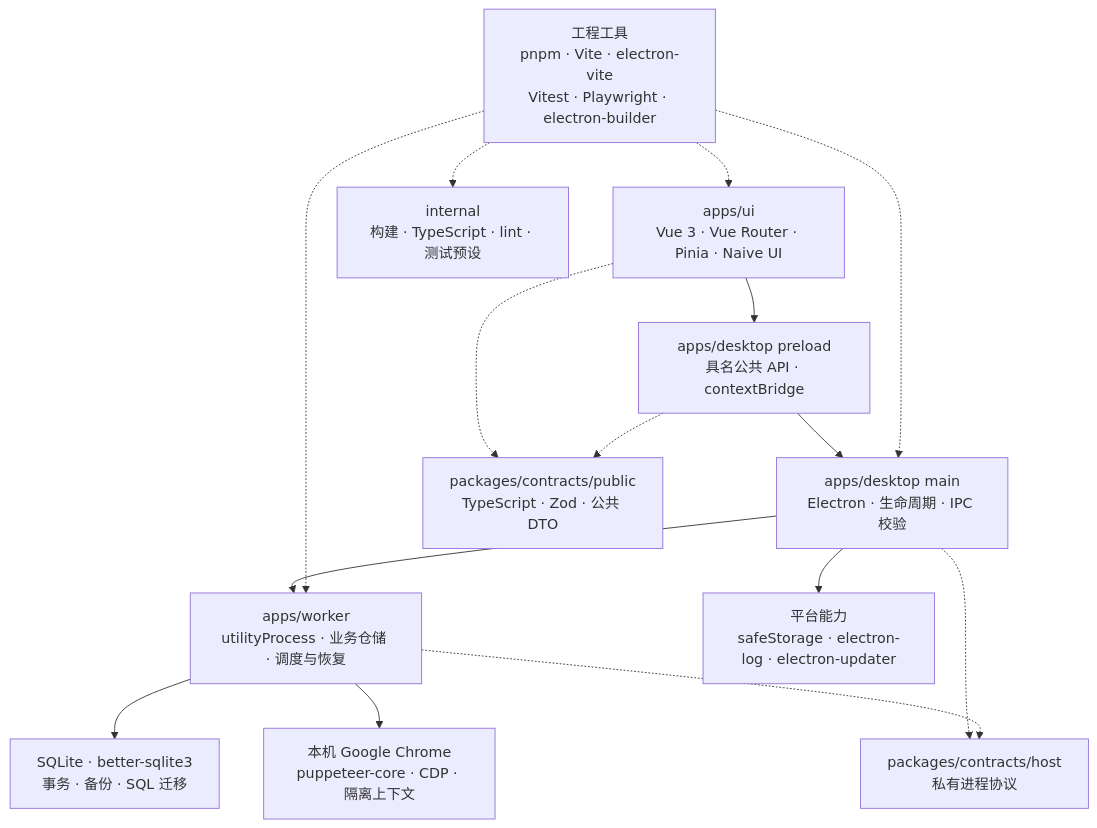
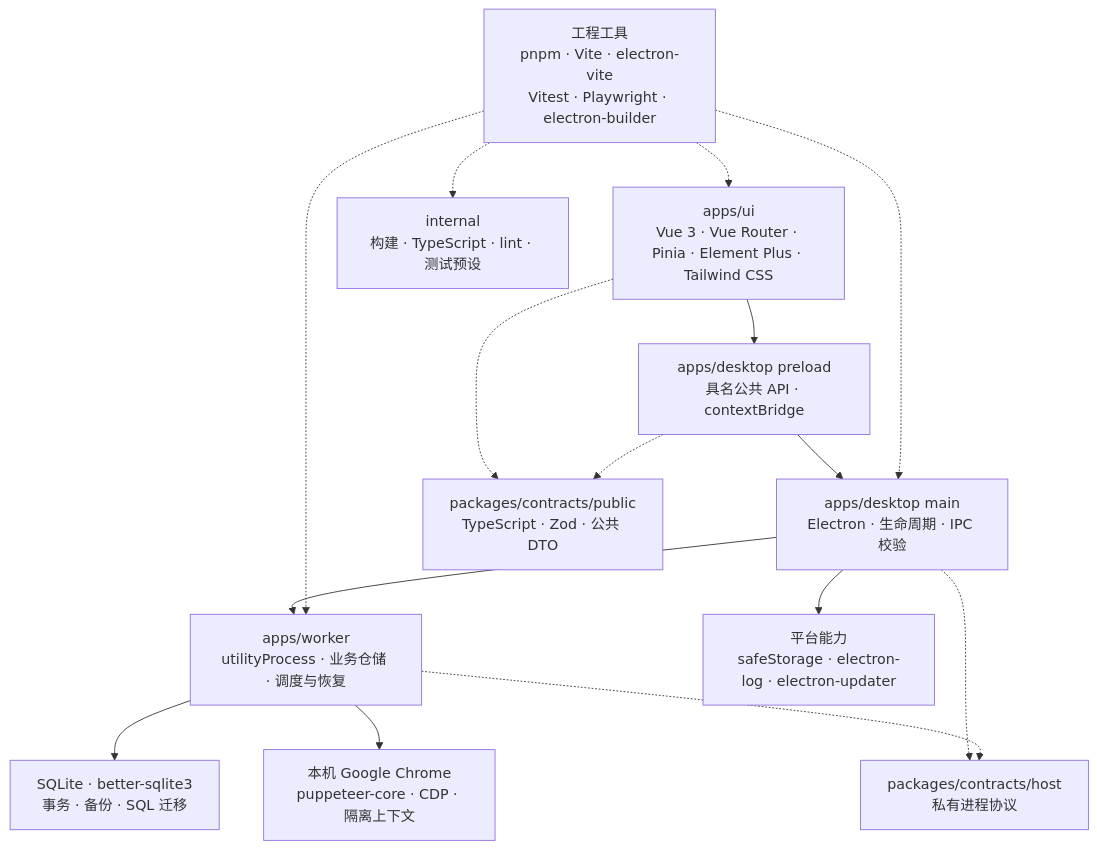
One commit to 0gnilc/browser-2d changed the diagram in docs/architecture.md. Above: the diagram before and after it, drawn with Mermaid. The commit also changed 36 other files, not shown here.

````diff
--- a/docs/architecture.md
+++ b/docs/architecture.md
@@ -9,26 +9,26 @@
 ```mermaid
 flowchart TB
-    UI["apps/ui<br/>Vue 3 · Vue Router · Pinia · Naive UI"]
+    UI["apps/ui<br/>Vue 3 · Vue Router · Pinia · Element Plus · Tailwind CSS"]
     Bridge["apps/desktop preload<br/>具名公共 API · contextBridge"]
     Main["apps/desktop main<br/>Electron · 生命周期 · IPC 校验"]
     Worker["apps/worker<br/>utilityProcess · 业务仓储 · 调度与恢复"]
     DB["SQLite · better-sqlite3<br/>事务 · 备份 · SQL 迁移"]
     Chrome["本机 Google Chrome<br/>puppeteer-core · CDP · 隔离上下文"]
     Platform["平台能力<br/>safeStorage · electron-log · electron-updater"]
     Public["packages/contracts/public<br/>TypeScript · Zod · 公共 DTO"]
     Host["packages/contracts/host<br/>私有进程协议"]
     Internal["internal<br/>构建 · TypeScript · lint · 测试预设"]
     Engineering["工程工具<br/>pnpm · Vite · electron-vite<br/>Vitest · Playwright · electron-builder"]
     UI --> Bridge --> Main --> Worker
     Worker --> DB
     Worker --> Chrome
     Main --> Platform
     UI -.-> Public
     Bridge -.-> Public
     Main -.-> Host
     Worker -.-> Host
     Engineering -.-> Internal
     Engineering -.-> UI
     Engineering -.-> Main
     Engineering -.-> Worker
 ```
````
